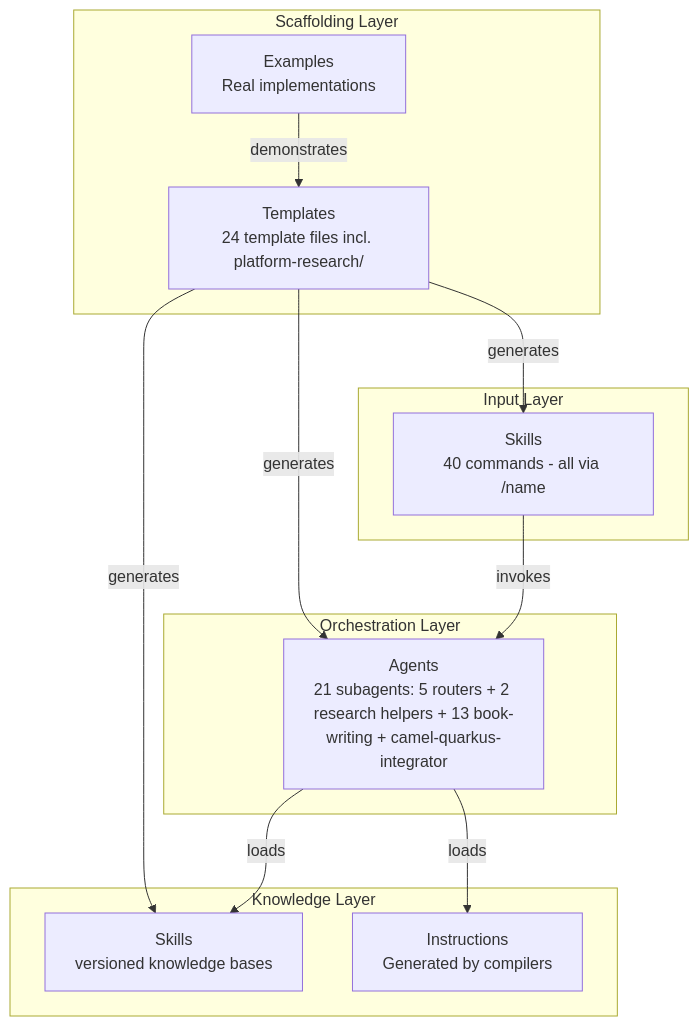
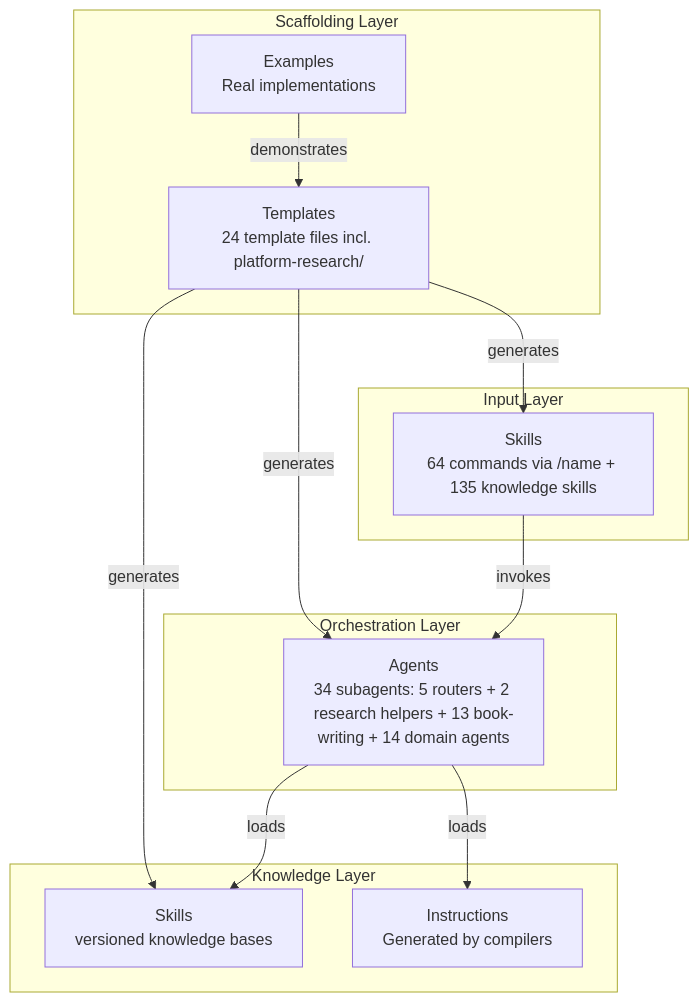
Before and after one commit to rodrigo-mendes/agents-factory: the second of 5 diagrams in docs/visao-geral.md, drawn with Mermaid. The commit also changed 7 other files, not shown here.

````diff
--- a/docs/visao-geral.md
+++ b/docs/visao-geral.md
@@ -24,28 +24,28 @@
 ```mermaid
 graph TD
     subgraph "Input Layer"
-        P[Skills<br/>40 commands - all via /name]
+        P[Skills<br/>64 commands via /name + 135 knowledge skills]
     end
 
     subgraph "Orchestration Layer"
-        AG[Agents<br/>21 subagents: 5 routers + 2 research helpers + 13 book-writing + camel-quarkus-integrator]
+        AG[Agents<br/>34 subagents: 5 routers + 2 research helpers + 13 book-writing + 14 domain agents]
     end
 
     subgraph "Knowledge Layer"
         S[Skills<br/>versioned knowledge bases]
         I[Instructions<br/>Generated by compilers]
     end
 
     subgraph "Scaffolding Layer"
         T[Templates<br/>24 template files incl. platform-research/]
         E[Examples<br/>Real implementations]
     end
 
     P -->|invokes| AG
     AG -->|loads| S
     AG -->|loads| I
     T -->|generates| P
     T -->|generates| AG
     T -->|generates| S
     E -->|demonstrates| T
 ```
````
